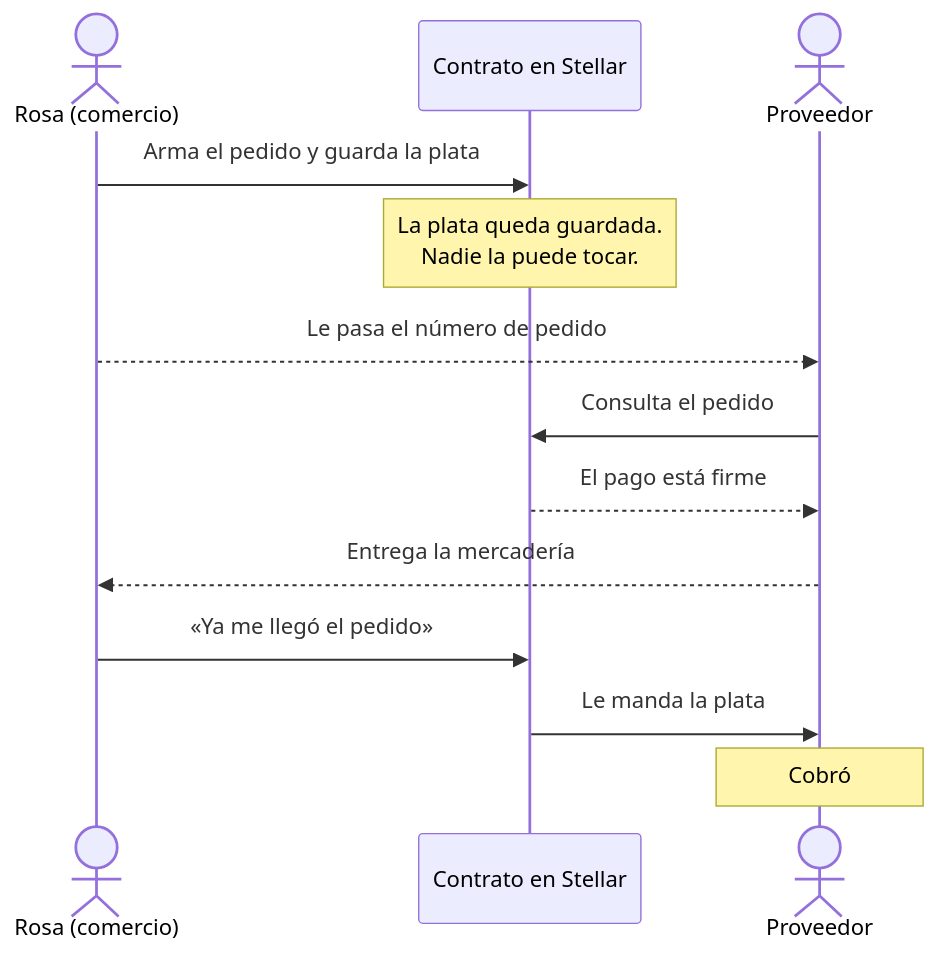
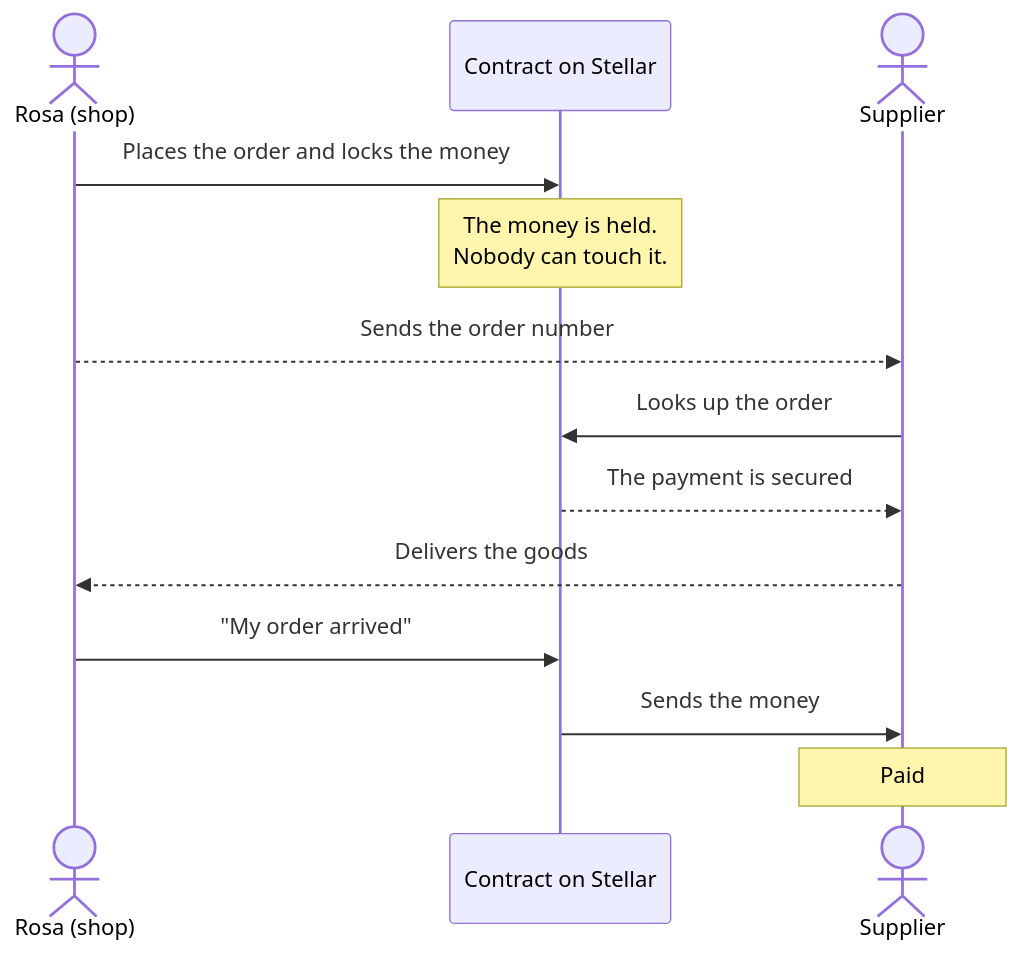
The first of 2 diagrams in README.md (veneciaedith/minga), drawn with Mermaid before and after one commit. The commit also changed other lines of this file and 1 other file, not shown here.

First line of the commit message:
Pasa el README al inglés y guarda la versión en castellano en README.es.md

````diff
--- a/README.md
+++ b/README.md
@@ -71,17 +74,17 @@
 ```mermaid
 sequenceDiagram
-    accTitle: El recorrido de un pedido cuando todo sale bien
-    accDescr: Rosa guarda la plata en el contrato y le pasa el número de pedido al proveedor. El proveedor consulta el contrato, ve que el pago está firme y entrega la mercadería. Rosa confirma que le llegó y el contrato le manda la plata al proveedor.
-    actor R as Rosa (comercio)
-    participant C as Contrato en Stellar
-    actor P as Proveedor
-    R->>C: Arma el pedido y guarda la plata
-    Note over C: La plata queda guardada.<br/>Nadie la puede tocar.
-    R-->>P: Le pasa el número de pedido
-    P->>C: Consulta el pedido
-    C-->>P: El pago está firme
-    P-->>R: Entrega la mercadería
-    R->>C: «Ya me llegó el pedido»
-    C->>P: Le manda la plata
-    Note over P: Cobró
+    accTitle: The journey of an order when everything goes well
+    accDescr: Rosa locks the money in the contract and sends the order number to the supplier. The supplier checks the contract, sees the payment is secured and delivers the goods. Rosa confirms they arrived and the contract sends the money to the supplier.
+    actor R as Rosa (shop)
+    participant C as Contract on Stellar
+    actor P as Supplier
+    R->>C: Places the order and locks the money
+    Note over C: The money is held.<br/>Nobody can touch it.
+    R-->>P: Sends the order number
+    P->>C: Looks up the order
+    C-->>P: The payment is secured
+    P-->>R: Delivers the goods
+    R->>C: "My order arrived"
+    C->>P: Sends the money
+    Note over P: Paid
 ```
````
